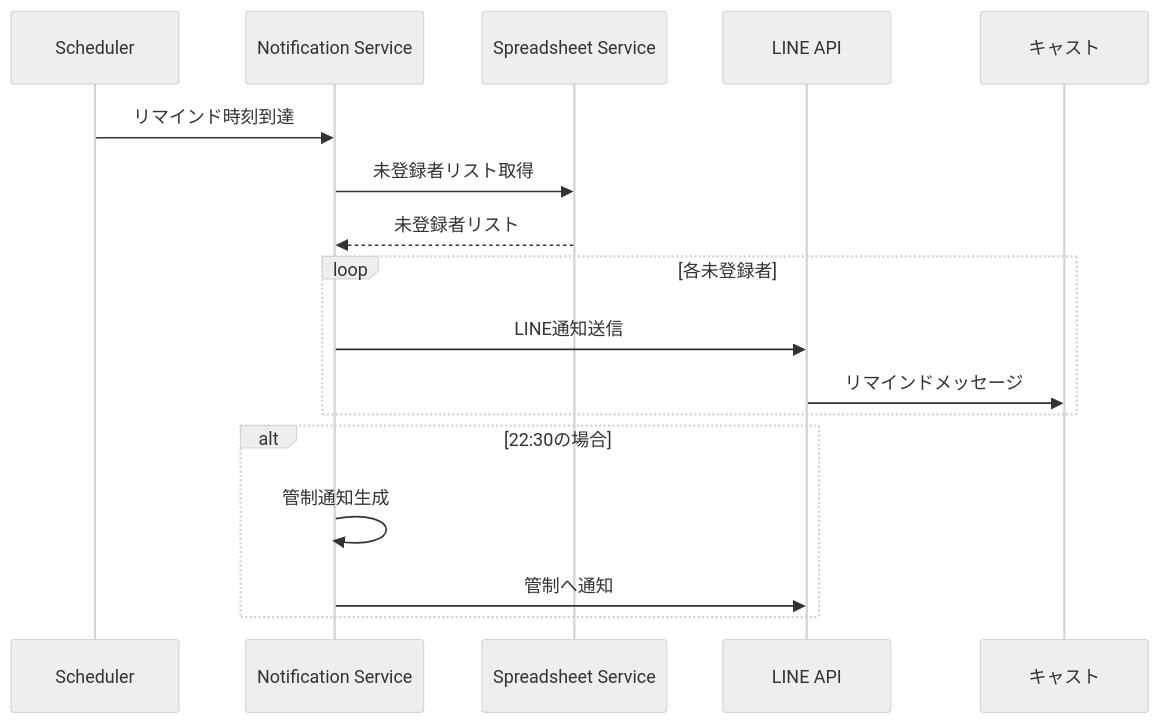
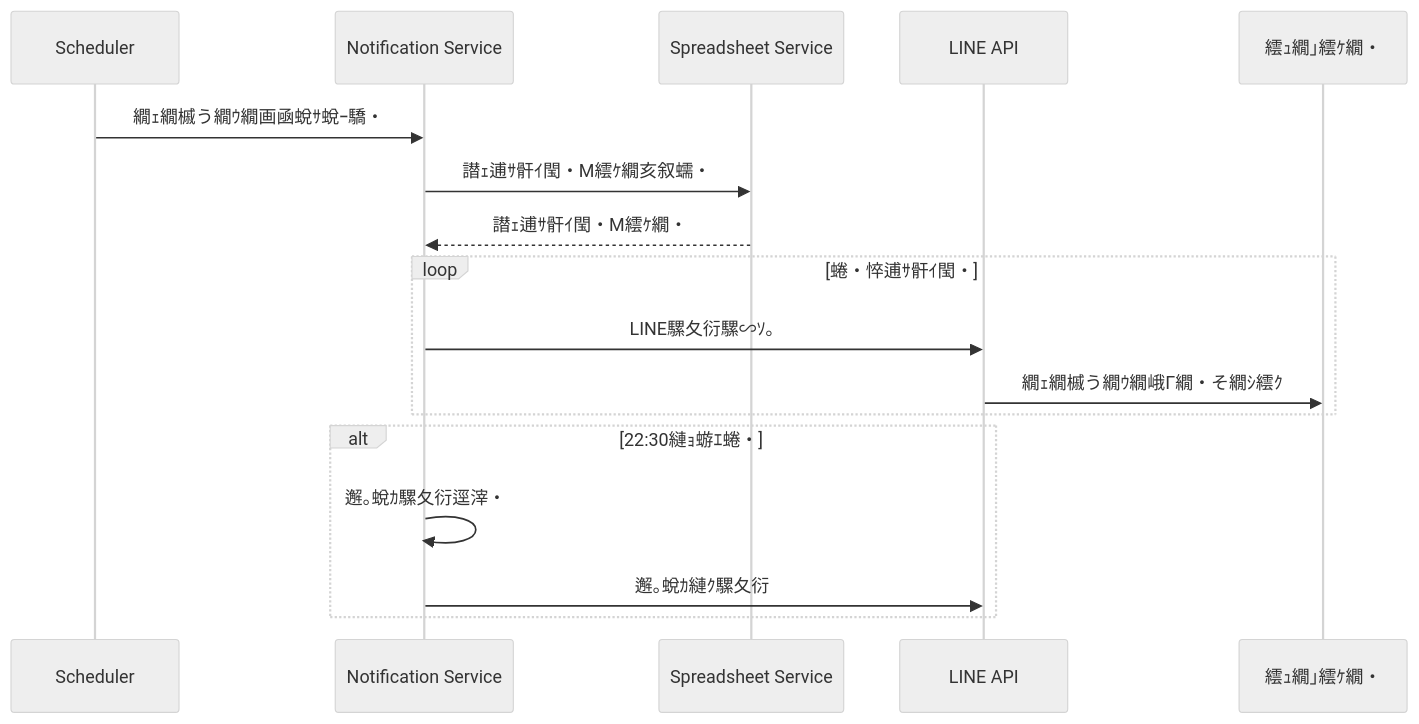
Before and after one commit to tkgathr2/ohayo-kazuko: the fifth of 9 diagrams in ARCHITECTURE.md, drawn with Mermaid (neutral theme). The commit also changed other lines of this file and 31 other files, not shown here.

````diff
--- a/ARCHITECTURE.md
+++ b/ARCHITECTURE.md
@@ -228,20 +228,20 @@
 ```mermaid
 sequenceDiagram
     participant Scheduler as Scheduler
     participant Notification as Notification Service
     participant Spreadsheet as Spreadsheet Service
     participant LINE as LINE API
-    participant Cast as キャスト
+    participant Cast as 繧ｭ繝｣繧ｹ繝・
 
-    Scheduler->>Notification: リマインド時刻到達
-    Notification->>Spreadsheet: 未登録者リスト取得
-    Spreadsheet-->>Notification: 未登録者リスト
-    loop 各未登録者
-        Notification->>LINE: LINE通知送信
-        LINE->>Cast: リマインドメッセージ
+    Scheduler->>Notification: 繝ｪ繝槭う繝ｳ繝画凾蛻ｻ蛻ｰ驕・
+    Notification->>Spreadsheet: 譛ｪ逋ｻ骭ｲ閠・Μ繧ｹ繝亥叙蠕・
+    Spreadsheet-->>Notification: 譛ｪ逋ｻ骭ｲ閠・Μ繧ｹ繝・
+    loop 蜷・悴逋ｻ骭ｲ閠・
+        Notification->>LINE: LINE騾夂衍騾∽ｿ｡
+        LINE->>Cast: 繝ｪ繝槭う繝ｳ繝峨Γ繝・そ繝ｼ繧ｸ
     end
-    alt 22:30の場合
-        Notification->>Notification: 管制通知生成
-        Notification->>LINE: 管制へ通知
+    alt 22:30縺ｮ蝣ｴ蜷・
+        Notification->>Notification: 邂｡蛻ｶ騾夂衍逕滓・
+        Notification->>LINE: 邂｡蛻ｶ縺ｸ騾夂衍
     end
 ```
````
